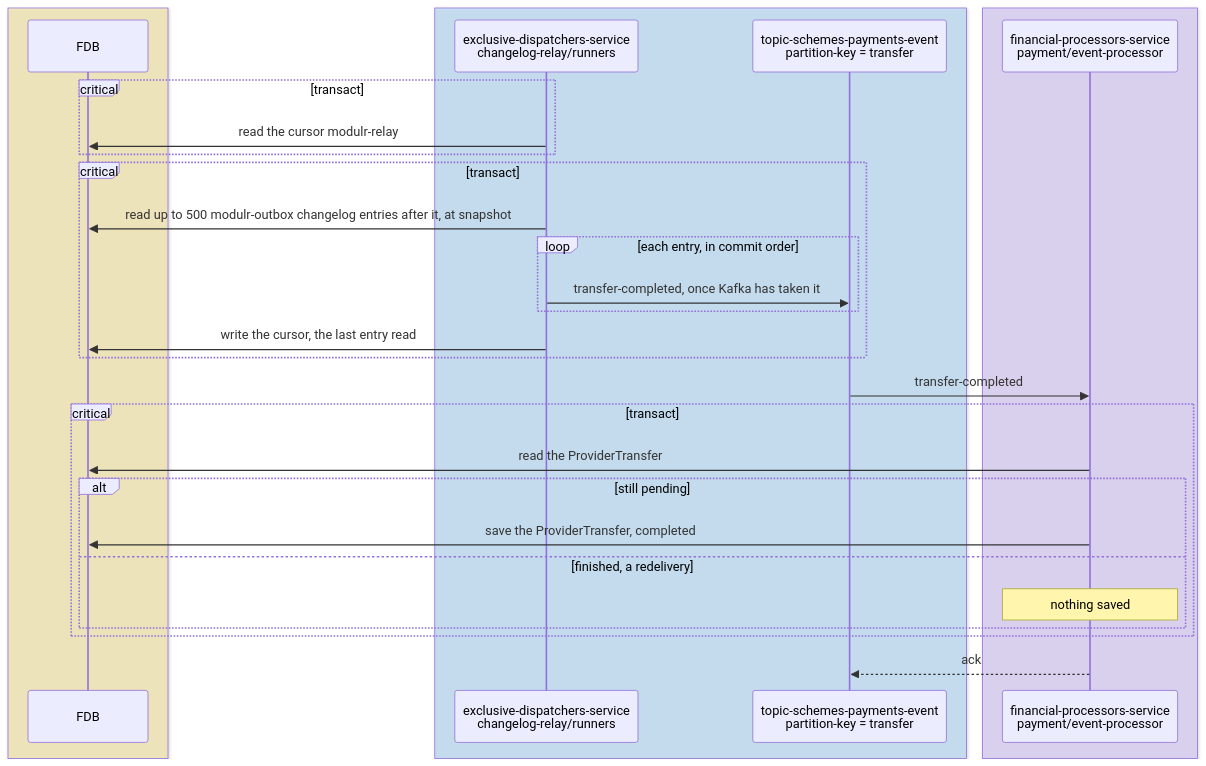
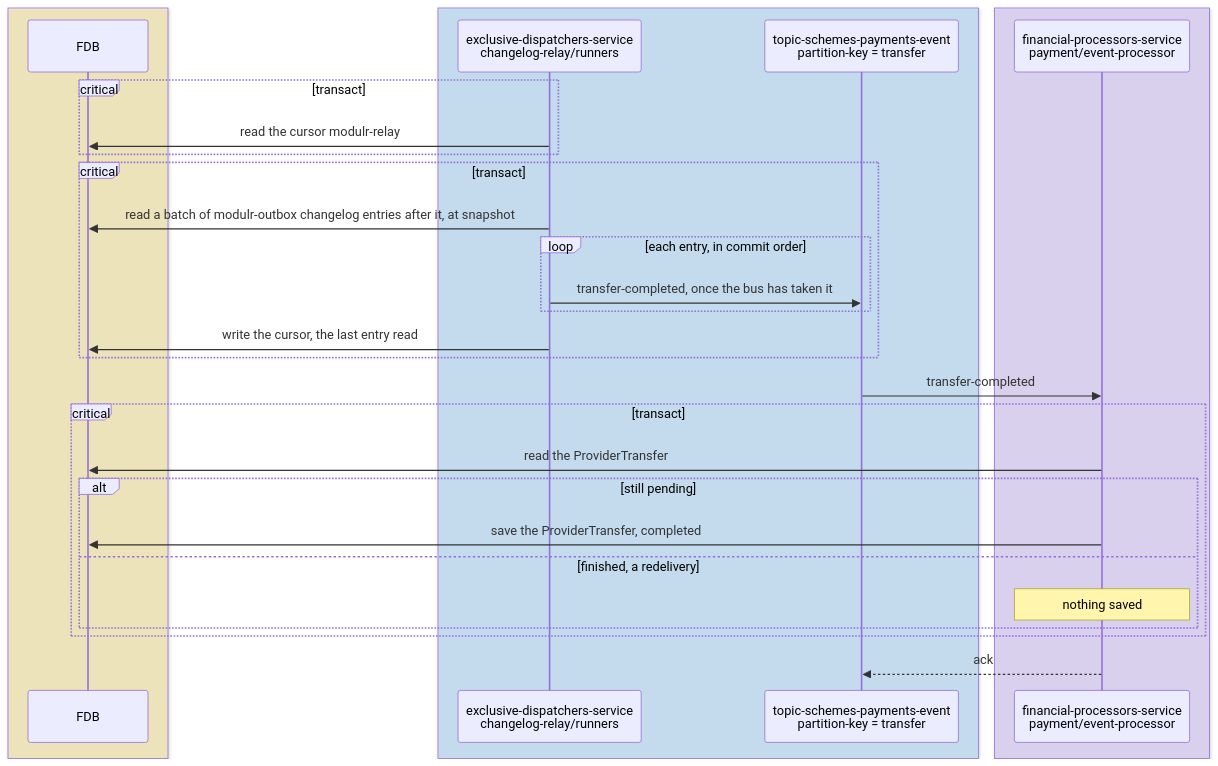
Before and after one commit to repldriven/queenswood: the seventh of 7 diagrams in docs/tdd/payments-internal.md, drawn with Mermaid. The commit also changed other lines of this file, not shown here.

Commit message:
Draw the relay's pass as the batch it publishes

````diff
--- a/docs/tdd/payments-internal.md
+++ b/docs/tdd/payments-internal.md
@@ -378,33 +380,33 @@
 ```mermaid
 sequenceDiagram
     box rgba(255, 236, 153, 0.5)
     participant DB as FDB
     end
     box rgba(165, 216, 255, 0.45)
     participant OR as exclusive-dispatchers-service<br/>changelog-relay/runners
     participant SE as topic-schemes-payments-event<br/>partition-key = transfer
     end
     box rgba(208, 191, 255, 0.45)
     participant PE as financial-processors-service<br/>payment/event-processor
     end
     critical transact
     OR->>DB: read the cursor modulr-relay
     end
     critical transact
-    OR->>DB: read up to 500 modulr-outbox changelog entries after it, at snapshot
+    OR->>DB: read a batch of modulr-outbox changelog entries after it, at snapshot
     loop each entry, in commit order
-    OR->>SE: transfer-completed, once Kafka has taken it
+    OR->>SE: transfer-completed, once the bus has taken it
     end
     OR->>DB: write the cursor, the last entry read
     end
     SE->>PE: transfer-completed
     critical transact
     PE->>DB: read the ProviderTransfer
     alt still pending
     PE->>DB: save the ProviderTransfer, completed
     else finished, a redelivery
     Note over PE: nothing saved
     end
     end
     PE-->>SE: ack
 ```
````
